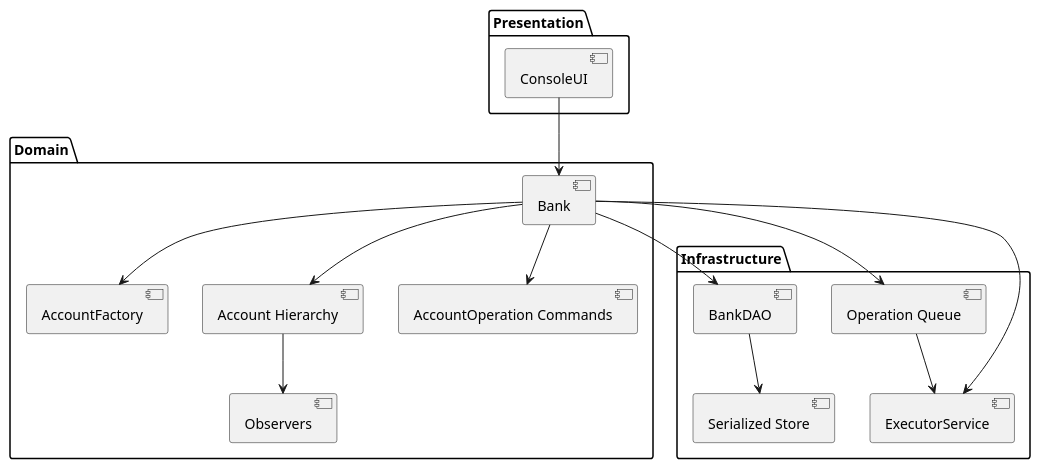
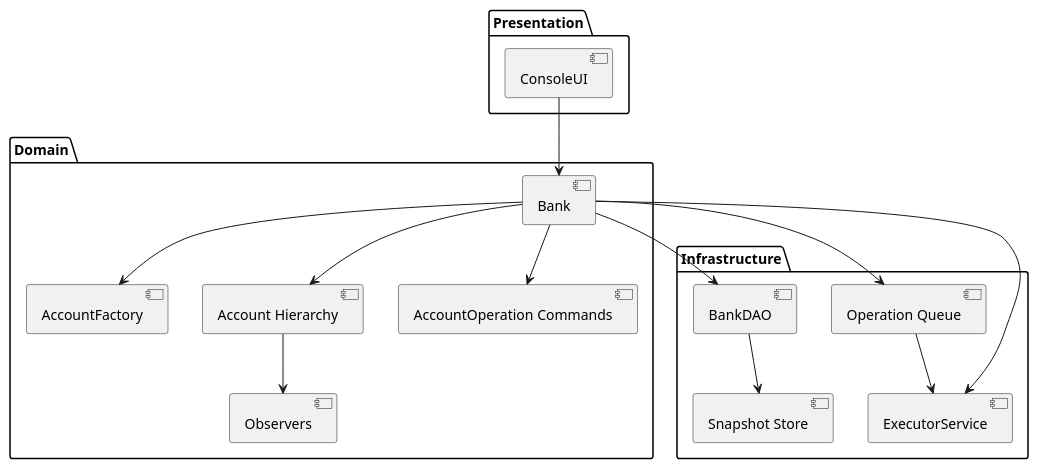
Before and after one commit to letsbegincode/Banking-System: the first of 2 diagrams in docs/architecture-system-design.md, drawn with PlantUML. The commit also changed other lines of this file and 61 other files, not shown here.

````diff
--- a/docs/architecture-system-design.md
+++ b/docs/architecture-system-design.md
@@ -13,30 +13,30 @@
 ```plantuml
 @startuml
 package "Presentation" {
   [ConsoleUI]
 }
 package "Domain" {
   [Bank]
   [AccountFactory]
   [Account Hierarchy]
   [AccountOperation Commands]
   [Observers]
 }
 package "Infrastructure" {
   [BankDAO]
   [Operation Queue]
   [ExecutorService]
-  [Serialized Store]
+  [Snapshot Store]
 }
 [ConsoleUI] --> [Bank]
 [Bank] --> [AccountFactory]
 [Bank] --> [Account Hierarchy]
 [Bank] --> [AccountOperation Commands]
 [Bank] --> [Operation Queue]
 [Account Hierarchy] --> [Observers]
 [Bank] --> [ExecutorService]
 [Operation Queue] --> [ExecutorService]
 [Bank] --> [BankDAO]
-[BankDAO] --> [Serialized Store]
+[BankDAO] --> [Snapshot Store]
 @enduml
 ```
````
